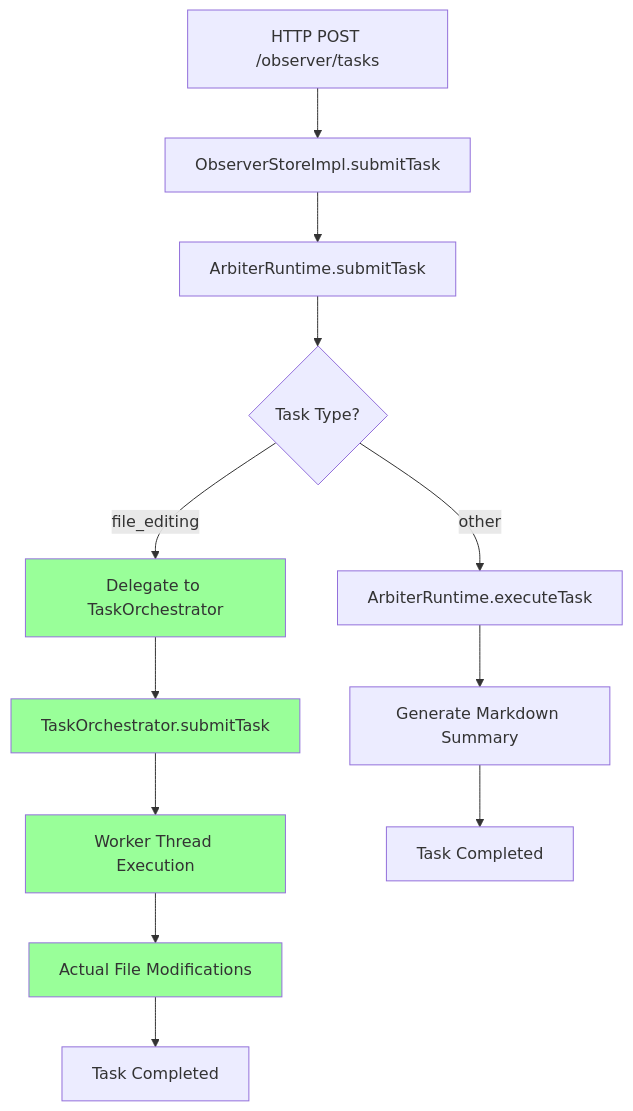
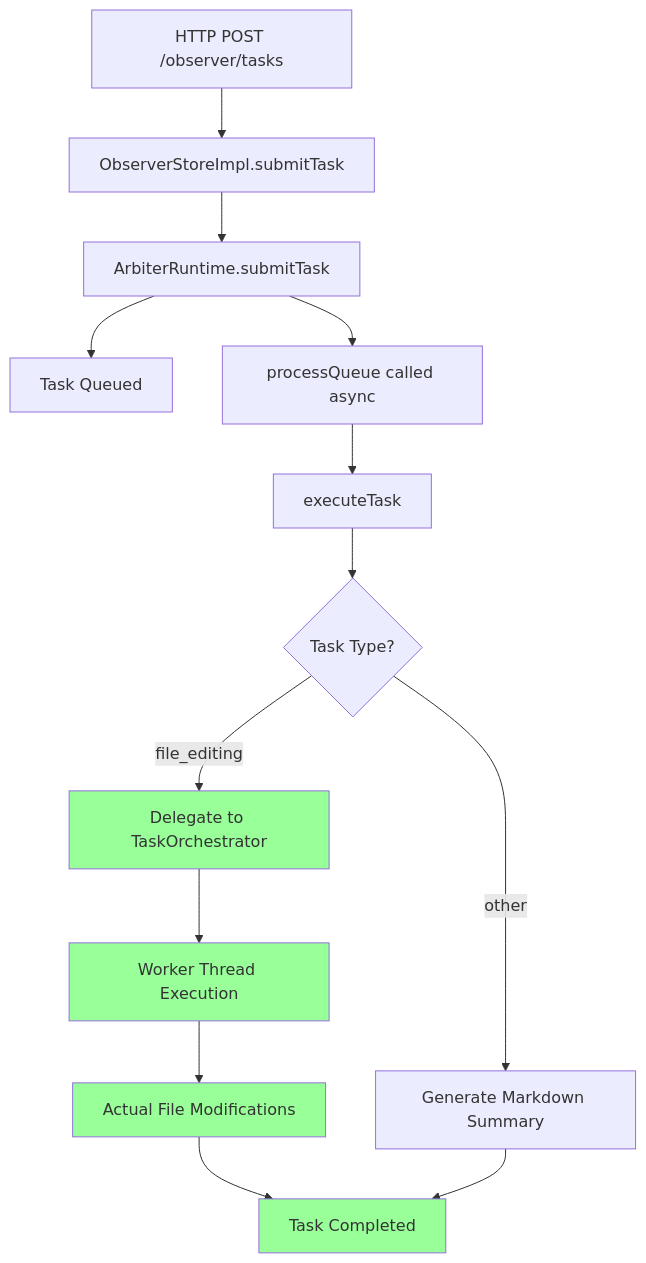
Before and after one commit to darianrosebrook/agent-agency: the diagram in iterations/v2/docs/V2_ARBITER_FILE_EDITING_ANALYSIS.md, drawn with Mermaid. The commit also changed other lines of this file and 3 other files, not shown here.

````diff
--- a/iterations/v2/docs/V2_ARBITER_FILE_EDITING_ANALYSIS.md
+++ b/iterations/v2/docs/V2_ARBITER_FILE_EDITING_ANALYSIS.md
@@ -51,19 +36,20 @@
 ```mermaid
 graph TD
     A[HTTP POST /observer/tasks] --> B[ObserverStoreImpl.submitTask]
     B --> C[ArbiterRuntime.submitTask]
-    C --> D{Task Type?}
-    D -->|file_editing| E[Delegate to TaskOrchestrator]
-    D -->|other| F[ArbiterRuntime.executeTask]
-    E --> G[TaskOrchestrator.submitTask]
-    G --> H[Worker Thread Execution]
-    H --> I[Actual File Modifications]
-    I --> J[Task Completed]
-    F --> K[Generate Markdown Summary]
+    C --> D[Task Queued]
+    C --> E[processQueue called async]
+    E --> F[executeTask]
+    F --> G{Task Type?}
+    G -->|file_editing| H[Delegate to TaskOrchestrator]
+    G -->|other| I[Generate Markdown Summary]
+    H --> J[Worker Thread Execution]
+    J --> K[Actual File Modifications]
     K --> L[Task Completed]
+    I --> L
     
-    style E fill:#9f9
-    style G fill:#9f9
     style H fill:#9f9
-    style I fill:#9f9
+    style J fill:#9f9
+    style K fill:#9f9
+    style L fill:#9f9
 ```
````
